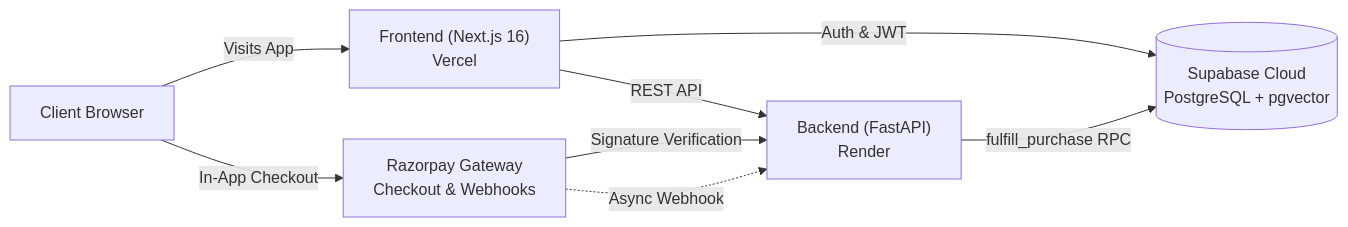
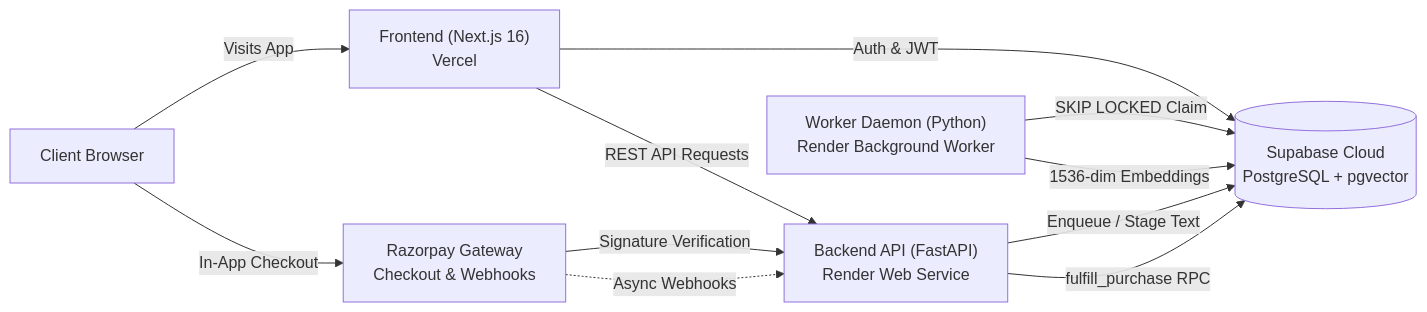
Before and after one commit to aicodewithkaran/TraceClause-AI: the diagram in README.md, drawn with Mermaid. The commit also changed other lines of this file and 12 other files, not shown here.

Commit message:
refactor: implement production-ready background job queue, worker daemon, and tenacity LLM retries

````diff
--- a/README.md
+++ b/README.md
@@ -31,16 +35,20 @@
 ```mermaid
 flowchart LR
     User["Client Browser"]
     Vercel["Frontend (Next.js 16)<br/>Vercel"]
-    Render["Backend (FastAPI)<br/>Render"]
+    Render["Backend API (FastAPI)<br/>Render Web Service"]
+    Worker["Worker Daemon (Python)<br/>Render Background Worker"]
     Supabase[("Supabase Cloud<br/>PostgreSQL + pgvector")]
     Razorpay["Razorpay Gateway<br/>Checkout & Webhooks"]
 
     User -->|"Visits App"| Vercel
     Vercel -->|"Auth & JWT"| Supabase
-    Vercel -->|"REST API"| Render
+    Vercel -->|"REST API Requests"| Render
+    Render -->|"Enqueue / Stage Text"| Supabase
+    Worker -->|"SKIP LOCKED Claim"| Supabase
+    Worker -->|"1536-dim Embeddings"| Supabase
     User -->|"In-App Checkout"| Razorpay
     Razorpay -->|"Signature Verification"| Render
-    Razorpay -.->|"Async Webhook"| Render
+    Razorpay -.->|"Async Webhooks"| Render
     Render -->|"fulfill_purchase RPC"| Supabase
 ```
````
